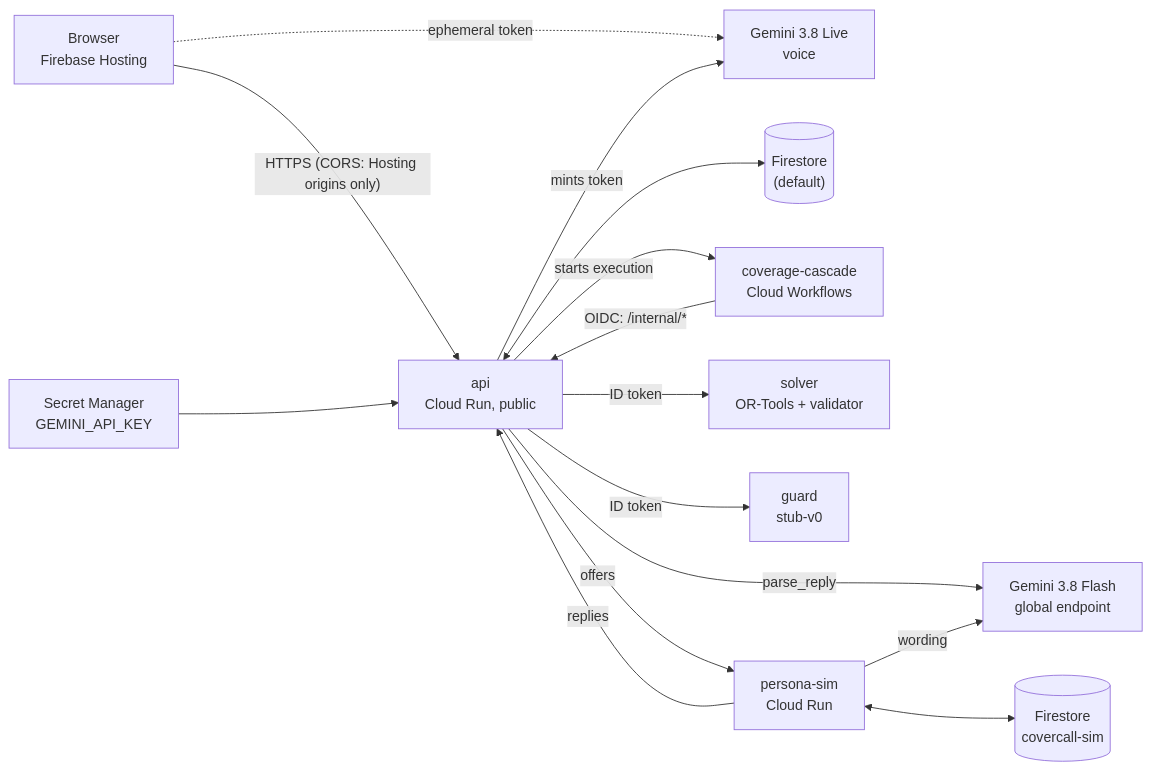
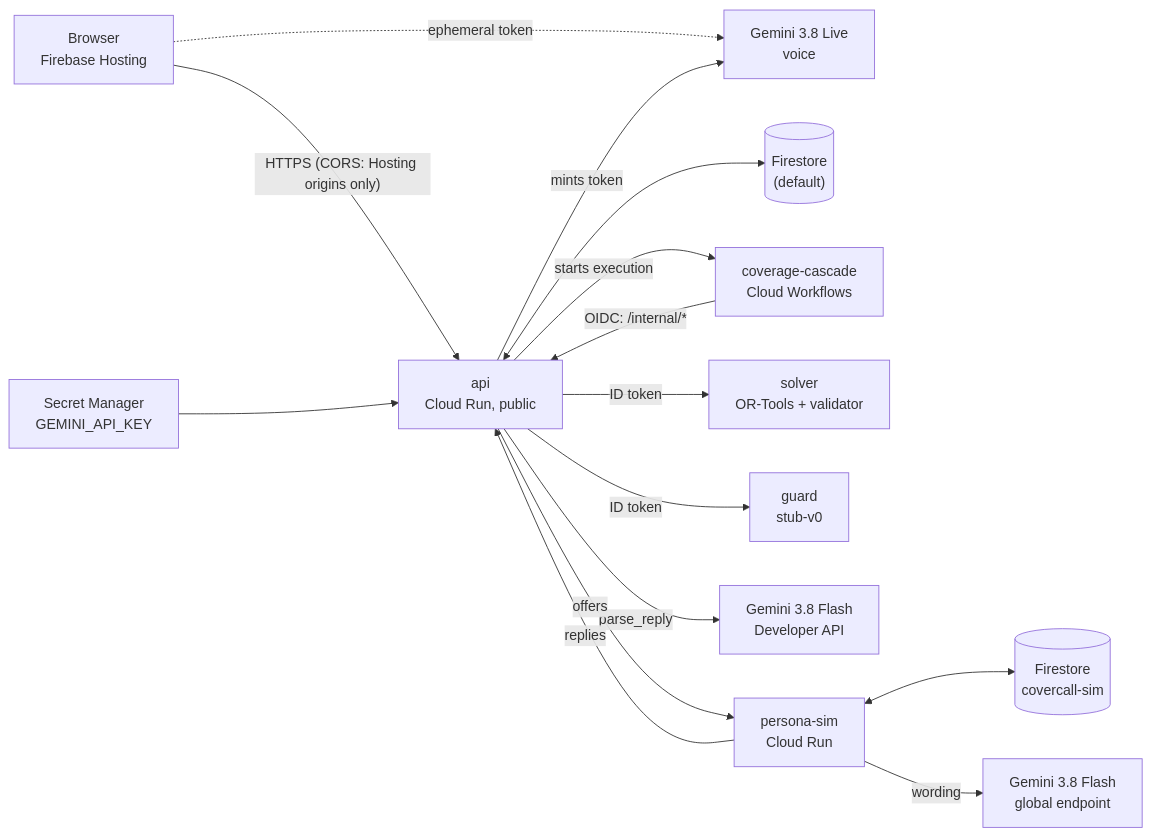
Before and after one commit to vaishob/covercall: the diagram in README.md, drawn with Mermaid. The commit also changed other lines of this file and 7 other files, not shown here.

First line of the commit message:
docs+status: say where reply parsing runs once PARSER_BACKEND=developer is live

````diff
--- a/README.md
+++ b/README.md
@@ -99,17 +99,17 @@
 ```mermaid
 flowchart LR
   B["Browser<br/>Firebase Hosting"] -- "HTTPS (CORS: Hosting origins only)" --> A["api<br/>Cloud Run, public"]
   B -. "ephemeral token" .-> L["Gemini 3.8 Live<br/>voice"]
   A -- "mints token" --> L
   A <--> F[("Firestore<br/>(default)")]
   A -- "starts execution" --> W["coverage-cascade<br/>Cloud Workflows"]
   W -- "OIDC: /internal/*" --> A
   A -- "ID token" --> S["solver<br/>OR-Tools + validator"]
   A -- "ID token" --> G["guard<br/>stub-v0"]
-  A -- "parse_reply" --> M["Gemini 3.8 Flash<br/>global endpoint"]
+  A -- "parse_reply" --> D["Gemini 3.8 Flash<br/>Developer API"]
   A -- "offers" --> P["persona-sim<br/>Cloud Run"]
   P <--> FS[("Firestore<br/>covercall-sim")]
-  P -- "wording" --> M
+  P -- "wording" --> M["Gemini 3.8 Flash<br/>global endpoint"]
   P -- "replies" --> A
   SM["Secret Manager<br/>GEMINI_API_KEY"] --> A
 ```
````
